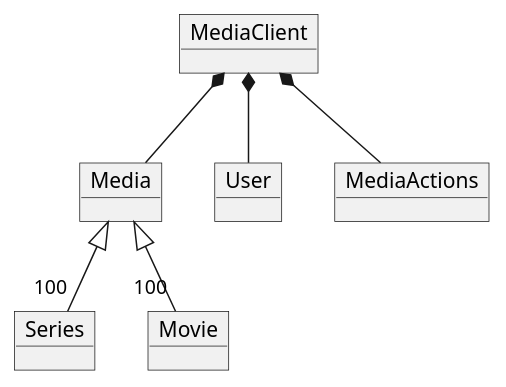
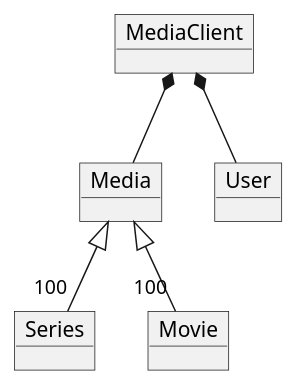
One commit to b-rino/SP3 changed the diagram in docs/domainmodel.puml. Above: the diagram before and after it, drawn with PlantUML. The commit also changed 6 other files, not shown here.

```diff
--- a/docs/domainmodel.puml
+++ b/docs/domainmodel.puml
@@ -1,22 +1,22 @@
 @startuml
 
 object MediaClient
 object Media
 object Series
 object Movie
 object User
-object MediaActions
+
 
 
 
 MediaClient*-- User
 MediaClient *-- Media
-MediaClient *-- MediaActions
+
 Media <|--"100" Movie
 Media <|--"100" Series
 
 
 
 
 
 @enduml
```
